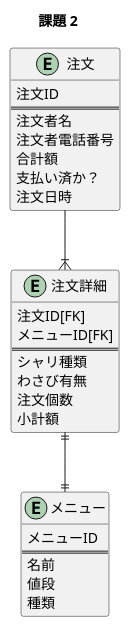
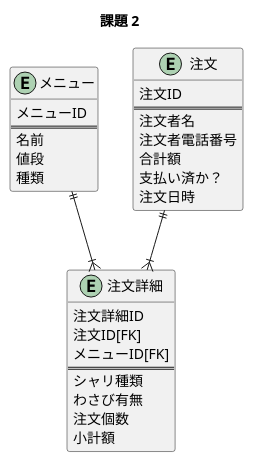
The diagram in db/DBモデリング1/kadai2.pu (naniwadari/praha_challenge), drawn with PlantUML before and after one commit. The commit also changed 5 other files, not shown here.

```diff
--- a/db/DBモデリング1/kadai2.pu
+++ b/db/DBモデリング1/kadai2.pu
@@ -1,33 +1,34 @@
 @startuml
   title 課題 2
   entity "メニュー" {
     メニューID
     ==
     名前
     値段
     種類
   }
 
   entity "注文" {
     注文ID
     ==
     注文者名
     注文者電話番号
     合計額
     支払い済か？
     注文日時
   }
 
   entity "注文詳細" {
+    注文詳細ID
     注文ID[FK]
     メニューID[FK]
     ==
     シャリ種類
     わさび有無
     注文個数
     小計額
   }
 
-  注文 --|{ 注文詳細
-  注文詳細 ||--|| メニュー
+  注文 ||--|{ 注文詳細
+  メニュー ||--|{ 注文詳細
 @enduml
```
